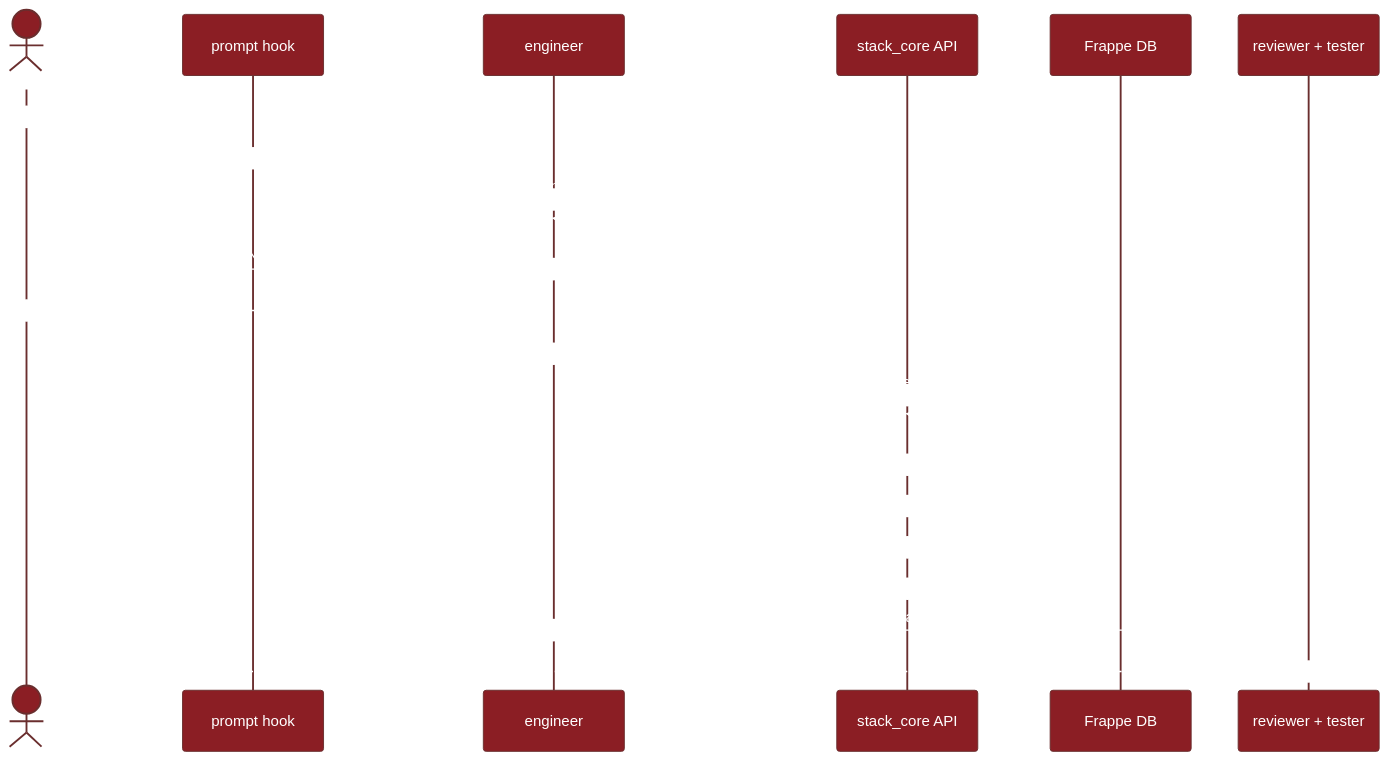
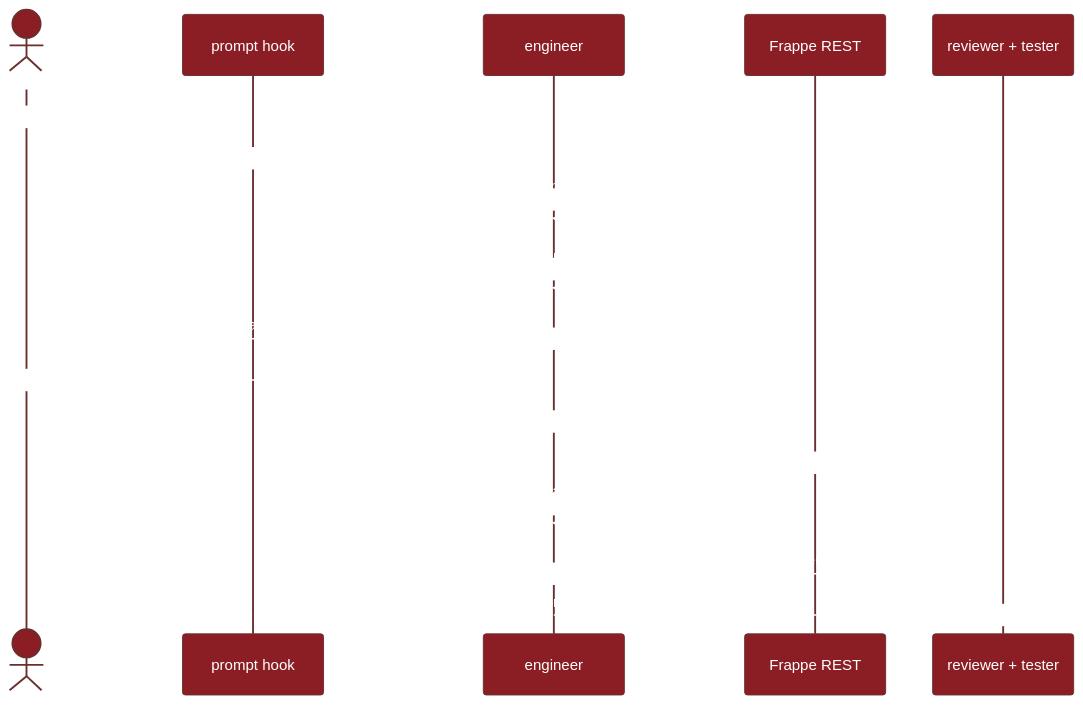
Before and after one commit to dhwani-ris/frappe-stack: the first of 2 diagrams in docs/architecture.md, drawn with Mermaid. The commit also changed other lines of this file and 50 other files, not shown here.

````diff
--- a/docs/architecture.md
+++ b/docs/architecture.md
@@ -60,43 +62,40 @@
 ```mermaid
 %%{init: {
   'theme': 'base',
   'themeVariables': {
     'primaryColor': '#8B1E24',
     'primaryTextColor': '#ffffff',
     'primaryBorderColor': '#6A2E2E',
     'lineColor': '#9E2A2F',
     'secondaryColor': '#F5E6DD',
     'actorBkg': '#8B1E24',
     'actorTextColor': '#ffffff',
     'actorLineColor': '#6A2E2E',
     'noteBkgColor': '#F5E6DD',
     'noteTextColor': '#2E2E2E',
     'noteBorderColor': '#D9B3A0',
     'sequenceNumberColor': '#ffffff',
     'fontFamily': 'Inter, system-ui, sans-serif',
     'fontSize': '14px'
   }
 }}%%
 sequenceDiagram
     autonumber
     actor PM
     participant Hook as prompt hook
     participant Eng as engineer
-    participant API as stack_core API
-    participant DB as Frappe DB
+    participant Frappe as Frappe REST
     participant Auto as reviewer + tester
 
     PM->>Hook: make a beneficiary form
     Hook->>Eng: route to /frappe-stack:build doctype
     Eng->>Eng: load designing-forms skill
-    Eng->>PM: print JSON, ask for confirmation
+    Eng->>Eng: validate JSON schema, reserved-name, fieldtype whitelist
+    Eng->>PM: print payload, ask for confirmation
     PM->>Eng: confirms
-    Eng->>API: POST stack_core.api.doctype_builder.build
-    API->>API: permission check + validators
-    API->>DB: upsert Stack Blueprint
-    API->>DB: materialize DocType
-    API->>DB: audit log row
-    API-->>Eng: status equals Applied
+    Eng->>Frappe: POST /api/resource/DocType
+    Frappe-->>Eng: 201 Created
+    Eng->>Eng: append local audit log entry
     Eng->>Auto: run reviewer and tester in parallel
     Auto-->>PM: ready to /pull or /promote
 ```
````
